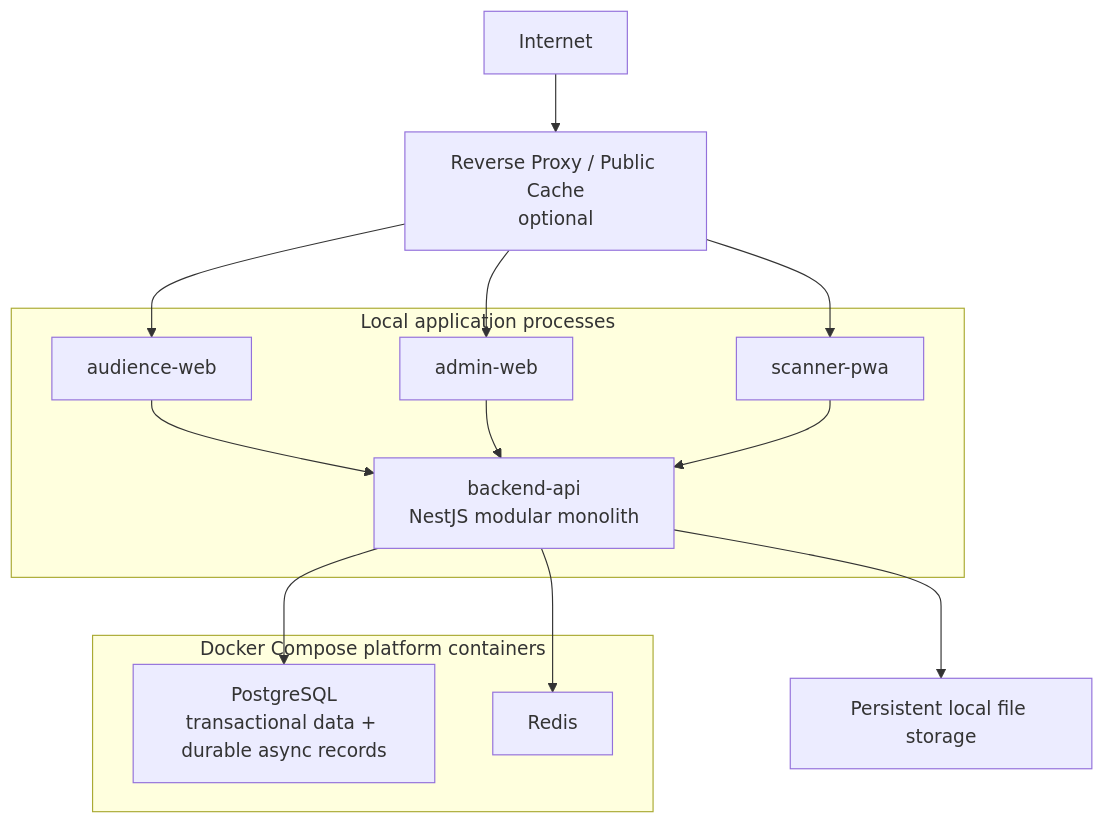
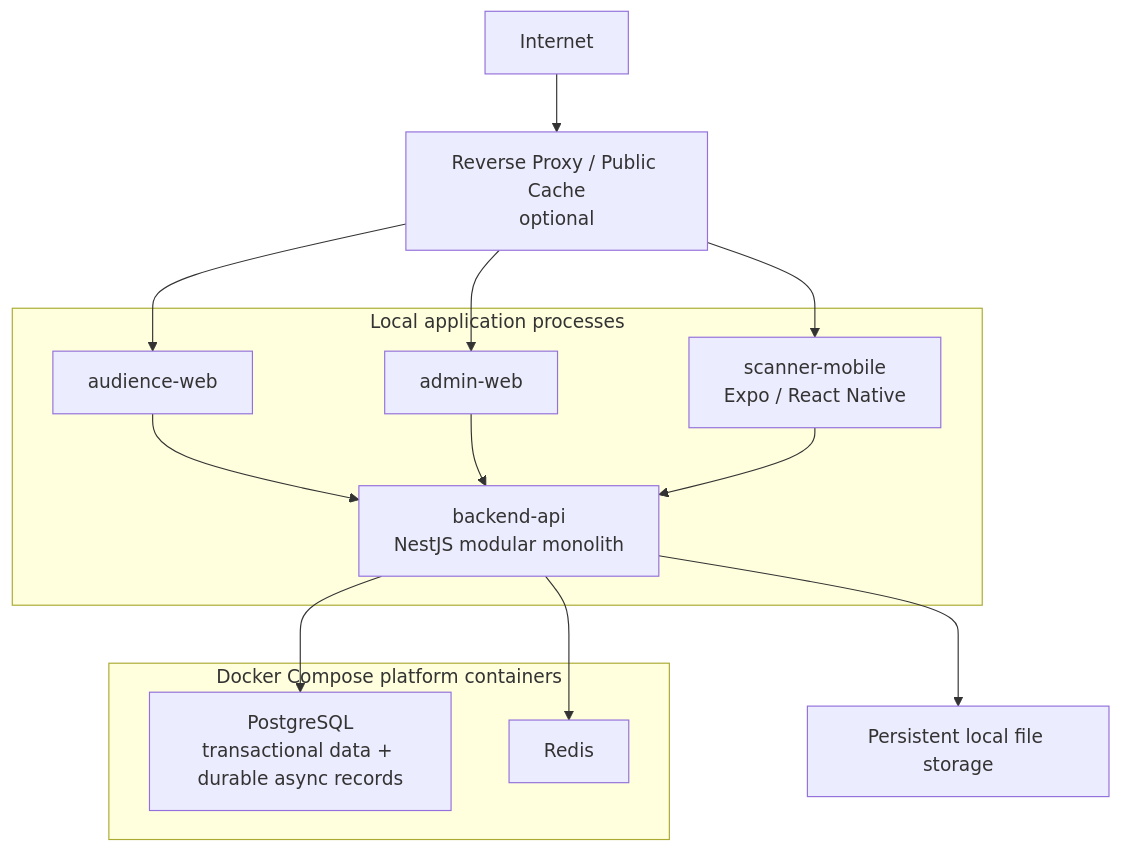
One commit to Toanapr/ticket-box changed the second of 2 diagrams in blueprint/03-high-level-architecture.md. Above: the diagram before and after it, drawn with Mermaid. The commit also changed other lines of this file and 57 other files, not shown here.

First line of the commit message:
refactor: remove scanner API client and related components

````diff
--- a/blueprint/03-high-level-architecture.md
+++ b/blueprint/03-high-level-architecture.md
@@ -99,33 +99,33 @@
 ```mermaid
 flowchart TD
     Internet["Internet"]
     Edge["Reverse Proxy / Public Cache<br/>optional"]
 
     Internet --> Edge
 
     subgraph Apps["Local application processes"]
         AudienceWeb["audience-web"]
         AdminWeb["admin-web"]
-        ScannerWeb["scanner-pwa"]
+        ScannerMobile["scanner-mobile<br/>Expo / React Native"]
         BackendAPI["backend-api<br/>NestJS modular monolith"]
     end
 
     subgraph Platform["Docker Compose platform containers"]
         Postgres["PostgreSQL<br/>transactional data + durable async records"]
         Redis["Redis"]
     end
 
     Storage["Persistent local file storage"]
 
     Edge --> AudienceWeb
     Edge --> AdminWeb
-    Edge --> ScannerWeb
+    Edge --> ScannerMobile
     AudienceWeb --> BackendAPI
     AdminWeb --> BackendAPI
-    ScannerWeb --> BackendAPI
+    ScannerMobile --> BackendAPI
 
     BackendAPI --> Postgres
     BackendAPI --> Redis
     BackendAPI --> Storage
 
 ```
````
